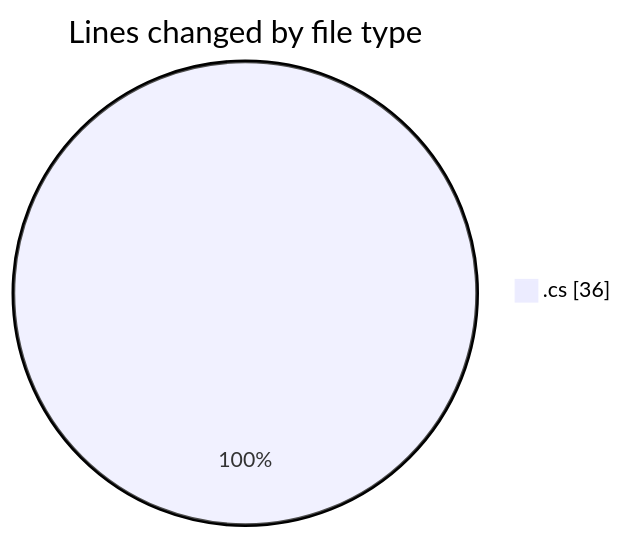
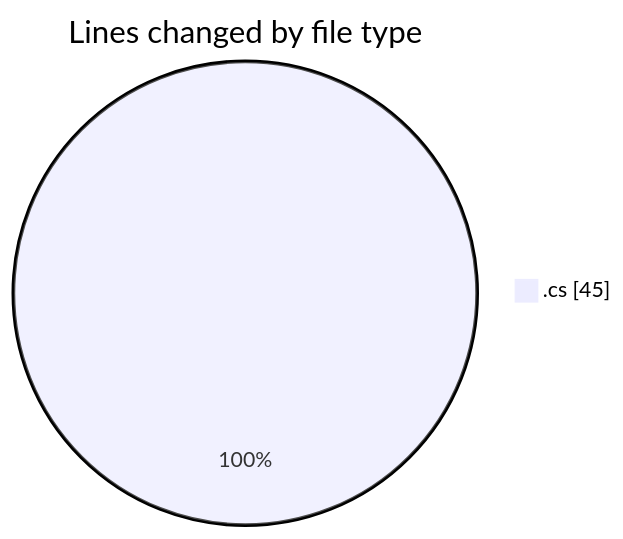
Before and after one commit to Netris89/code-tracking: the first of 2 diagrams in 2025-10-26/skintrack/README.md, drawn with Mermaid. The commit also changed other lines of this file and 1 other file, not shown here.

````diff
--- a/2025-10-26/skintrack/README.md
+++ b/2025-10-26/skintrack/README.md
@@ -20,5 +20,5 @@
 ```mermaid
 pie showData
 title Lines changed by file type
-".cs" : 36
+".cs" : 45
 ```
````
